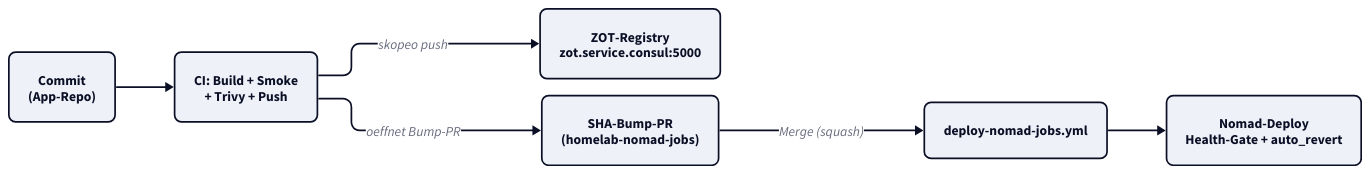
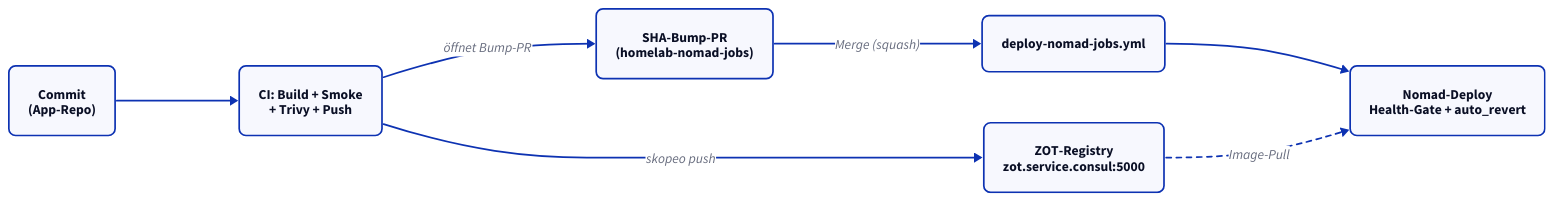
Before and after one commit to derever-labs/homelab-wiki: the diagram in docs/app-standard/index.md, drawn with D2. The commit also changed 8 other files, not shown here.

First line of the commit message:
Diagramme fuer TALA ueberarbeiten (Batch B7) (#103)

````diff
--- a/docs/app-standard/index.md
+++ b/docs/app-standard/index.md
@@ -38,28 +38,21 @@
 ```d2
-vars: {
-  d2-config: {
-    theme-id: 1
-    layout-engine: elk
-  }
-}
-
 classes: {
   node: { style: { border-radius: 8 } }
-  container: { style: { border-radius: 8; stroke-dash: 4 } }
 }
 
 direction: right
 
 commit: "Commit\n(App-Repo)" { class: node }
 build: "CI: Build + Smoke\n+ Trivy + Push" { class: node }
 registry: "ZOT-Registry\nzot.service.consul:5000" { class: node }
 pr: "SHA-Bump-PR\n(homelab-nomad-jobs)" { class: node }
 deploy: "deploy-nomad-jobs.yml" { class: node }
 nomad: "Nomad-Deploy\nHealth-Gate + auto_revert" { class: node }
 
 commit -> build
 build -> registry: "skopeo push"
-build -> pr: "oeffnet Bump-PR"
+build -> pr: "öffnet Bump-PR"
 pr -> deploy: "Merge (squash)"
 deploy -> nomad
+registry -> nomad: "Image-Pull" { style.stroke-dash: 3 }
 ```
````
